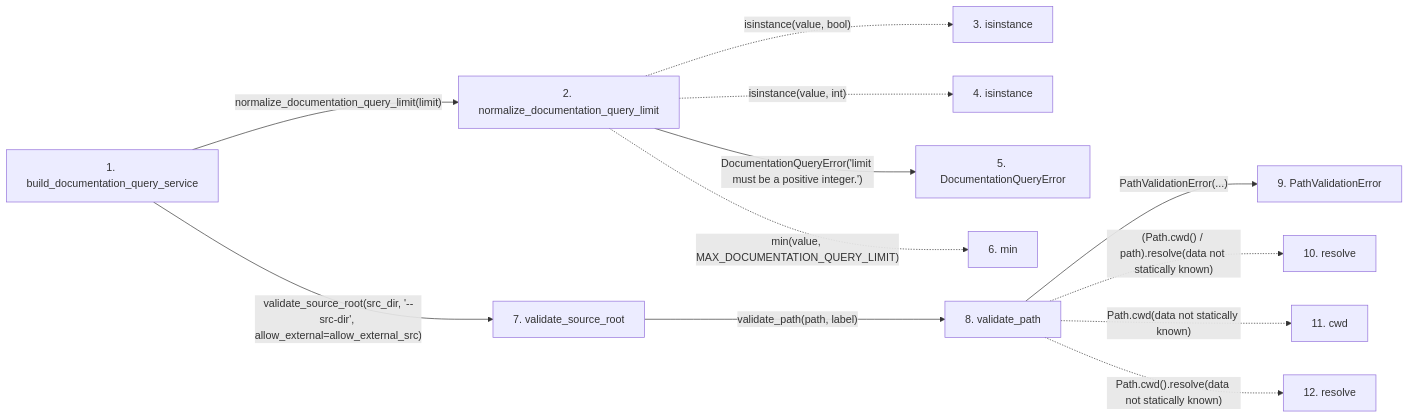
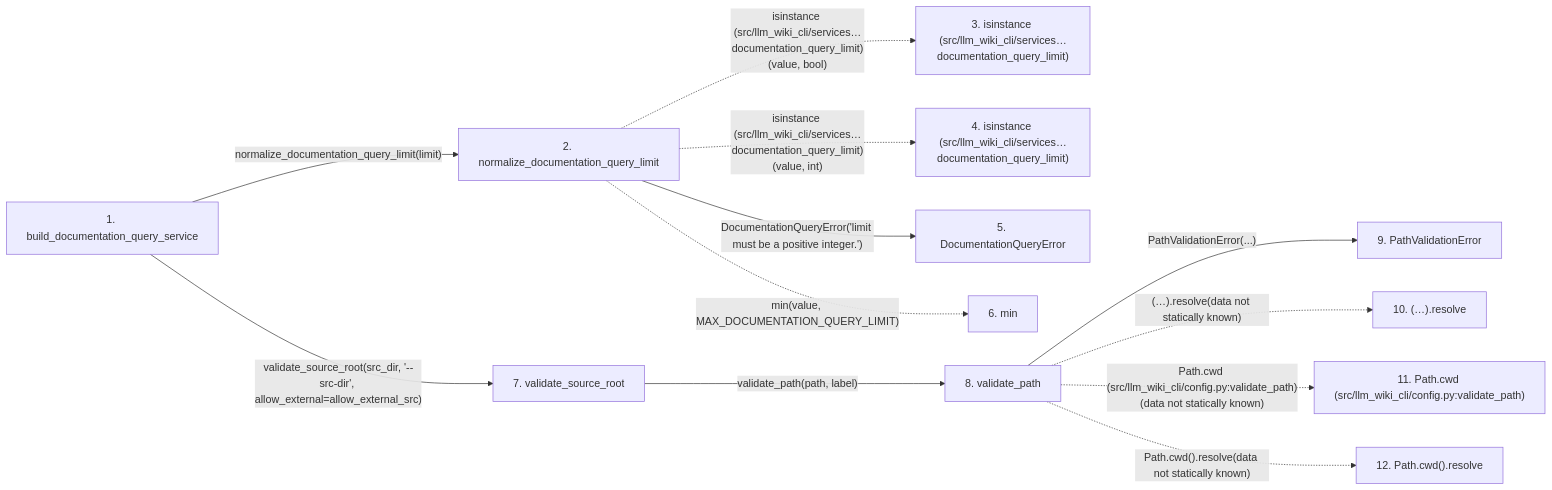
One commit to Denissvgn/python-wiki-llm changed the second of 2 diagrams in docs/llm_wiki/flows/api-build_documentation_query_service.md. Above: the diagram before and after it, drawn with Mermaid. The commit also changed other lines of this file and 719 other files, not shown here.

````diff
--- a/docs/llm_wiki/flows/api-build_documentation_query_service.md
+++ b/docs/llm_wiki/flows/api-build_documentation_query_service.md
@@ -85,32 +89,32 @@
 ```mermaid
 flowchart LR
     s1["1. build_documentation_query_service"]
     s2["2. normalize_documentation_query_limit"]
-    s3["3. isinstance"]
-    s4["4. isinstance"]
+    s3["3. isinstance (src/llm_wiki_cli/services…documentation_query_limit)"]
+    s4["4. isinstance (src/llm_wiki_cli/services…documentation_query_limit)"]
     s5["5. DocumentationQueryError"]
     s6["6. min"]
     s7["7. validate_source_root"]
     s8["8. validate_path"]
     s9["9. PathValidationError"]
-    s10["10. resolve"]
-    s11["11. cwd"]
-    s12["12. resolve"]
+    s10["10. (…).resolve"]
+    s11["11. Path.cwd (src/llm_wiki_cli/config.py:validate_path)"]
+    s12["12. Path.cwd().resolve"]
     s1 -->|"normalize_documentation_query_limit(limit)"| s2
-    s2 -. "isinstance(value, bool)" .-> s3
-    s2 -. "isinstance(value, int)" .-> s4
+    s2 -. "isinstance (src/llm_wiki_cli/services…documentation_query_limit)(value, bool)" .-> s3
+    s2 -. "isinstance (src/llm_wiki_cli/services…documentation_query_limit)(value, int)" .-> s4
     s2 -->|"DocumentationQueryError('limit must be a positive integer.')"| s5
     s2 -. "min(value, MAX_DOCUMENTATION_QUERY_LIMIT)" .-> s6
     s1 -->|"validate_source_root(src_dir, '--src-dir', allow_external=allow_external_src)"| s7
     s7 -->|"validate_path(path, label)"| s8
     s8 -->|"PathValidationError(...)"| s9
-    s8 -. "(Path.cwd() / path).resolve(data not statically known)" .-> s10
-    s8 -. "Path.cwd(data not statically known)" .-> s11
+    s8 -. "(…).resolve(data not statically known)" .-> s10
+    s8 -. "Path.cwd (src/llm_wiki_cli/config.py:validate_path)(data not statically known)" .-> s11
     s8 -. "Path.cwd().resolve(data not statically known)" .-> s12
     click s1 "../modules/api.md"
     click s2 "../modules/documentation_query_builder.md"
     click s5 "../modules/documentation_queries.md"
     click s7 "../modules/config.md"
     click s8 "../modules/config.md"
     click s9 "../modules/config.md"
 ```
````
